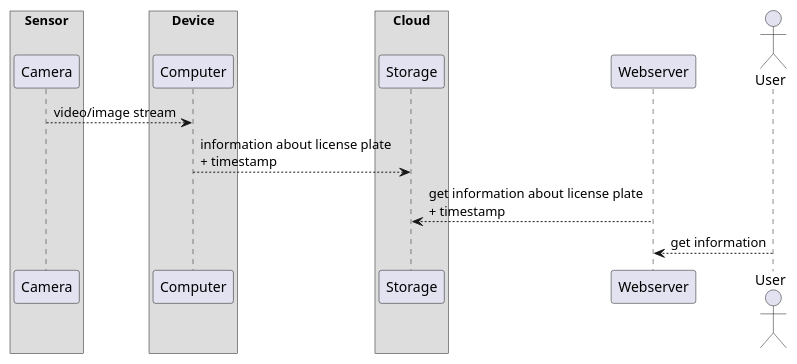
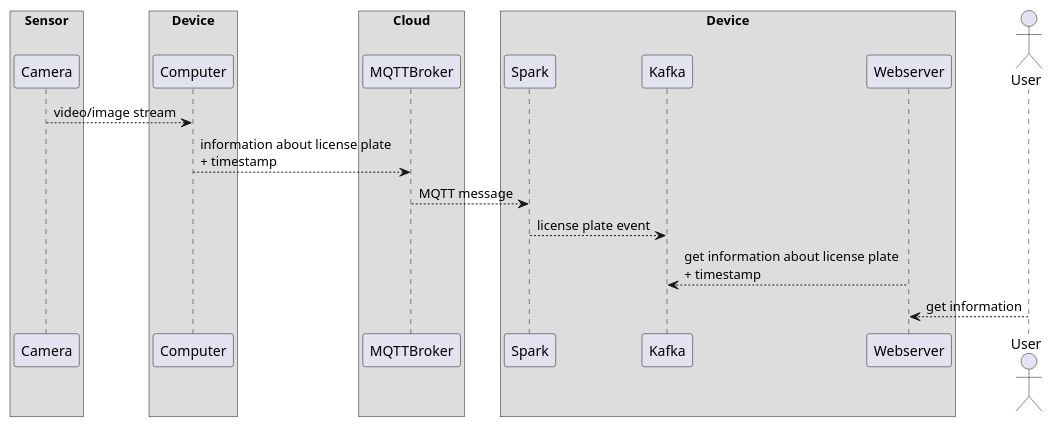
Before and after one commit to jkruke/parkpal: the diagram in diagrams/sequence.puml, drawn with PlantUML. The commit also changed 1 other file, not shown here.

Commit message:
update sequence

```diff
--- a/diagrams/sequence.puml
+++ b/diagrams/sequence.puml
@@ -1,18 +1,25 @@
 @startuml
 
 box Sensor
 participant Camera
 end box
 box Device
 participant Computer
 end box
 box Cloud
-participant Storage
+participant MQTTBroker
+end box
+box Device
+participant Spark
+participant Kafka
+participant Webserver
 end box
 
 Camera --> Computer : video/image stream
-Computer --> Storage : information about license plate \n+ timestamp
-Storage <-- Webserver : get information about license plate \n+ timestamp
+Computer --> MQTTBroker : information about license plate \n+ timestamp
+MQTTBroker --> Spark : MQTT message
+Spark --> Kafka : license plate event
+Kafka <-- Webserver : get information about license plate \n+ timestamp
 actor User
 Webserver <-- User : get information
 @enduml
```
